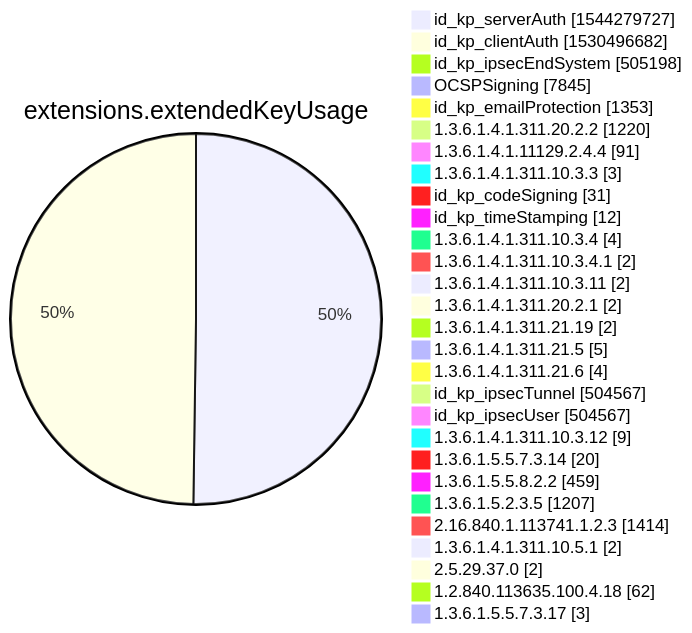
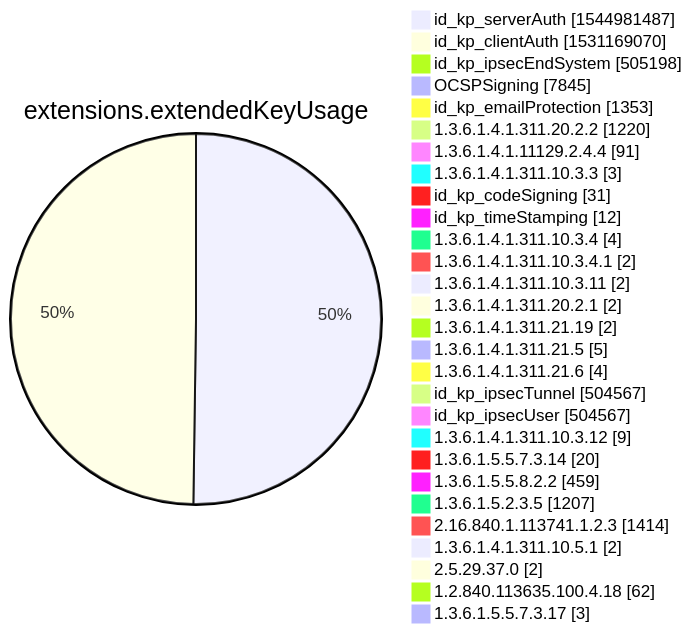
Diagram 12 of 15 in xenon2022/README.md (christiankrug/ctmonitor_visualization), drawn with Mermaid before and after one commit. The commit also changed other lines of this file, not shown here.

````diff
--- a/xenon2022/README.md
+++ b/xenon2022/README.md
@@ -3880,32 +3880,32 @@
 ```mermaid
 pie showData
 title extensions.extendedKeyUsage
-"id_kp_serverAuth" :1544279727
-"id_kp_clientAuth" :1530496682
+"id_kp_serverAuth" :1544981487
+"id_kp_clientAuth" :1531169070
 "id_kp_ipsecEndSystem" :505198
 "OCSPSigning" :7845
 "id_kp_emailProtection" :1353
 "1.3.6.1.4.1.311.20.2.2" :1220
 "1.3.6.1.4.1.11129.2.4.4" :91
 "1.3.6.1.4.1.311.10.3.3" :3
 "id_kp_codeSigning" :31
 "id_kp_timeStamping" :12
 "1.3.6.1.4.1.311.10.3.4" :4
 "1.3.6.1.4.1.311.10.3.4.1" :2
 "1.3.6.1.4.1.311.10.3.11" :2
 "1.3.6.1.4.1.311.20.2.1" :2
 "1.3.6.1.4.1.311.21.19" :2
 "1.3.6.1.4.1.311.21.5" :5
 "1.3.6.1.4.1.311.21.6" :4
 "id_kp_ipsecTunnel" :504567
 "id_kp_ipsecUser" :504567
 "1.3.6.1.4.1.311.10.3.12" :9
 "1.3.6.1.5.5.7.3.14" :20
 "1.3.6.1.5.5.8.2.2" :459
 "1.3.6.1.5.2.3.5" :1207
 "2.16.840.1.113741.1.2.3" :1414
 "1.3.6.1.4.1.311.10.5.1" :2
 "2.5.29.37.0" :2
 "1.2.840.113635.100.4.18" :62
 "1.3.6.1.5.5.7.3.17" :3
 ```
````
